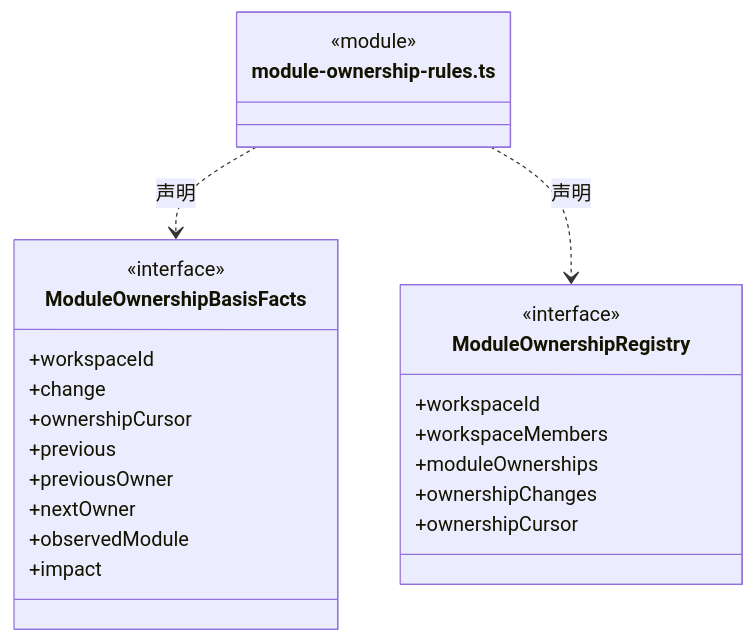
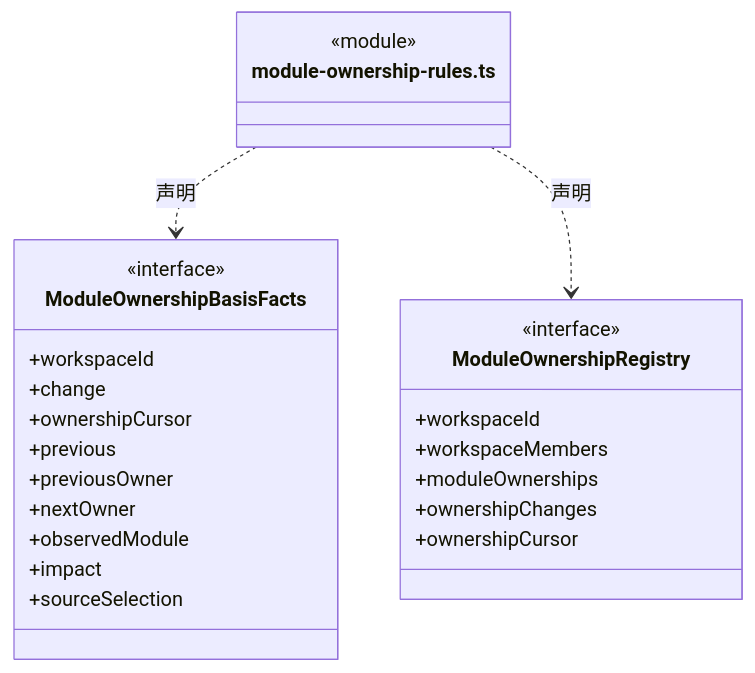
Before and after one commit to nan023062/cbim: diagram 13 of 29 in src/backend/core/workspace/ARCHITECTURE.md, drawn with Mermaid. The commit also changed other lines of this file and 97 other files, not shown here.

````diff
--- a/src/backend/core/workspace/ARCHITECTURE.md
+++ b/src/backend/core/workspace/ARCHITECTURE.md
@@ -138,27 +302,28 @@
 ```mermaid
 classDiagram
 class N_src_backend_core_workspace_module_ownership_rules_ts["module-ownership-rules.ts"] {
   <<module>>
 }
 class N_src_backend_core_workspace_module_ownership_rules_ts_ModuleOwnershipBasisFacts["ModuleOwnershipBasisFacts"] {
   <<interface>>
   +workspaceId
   +change
   +ownershipCursor
   +previous
   +previousOwner
   +nextOwner
   +observedModule
   +impact
+  +sourceSelection
 }
 N_src_backend_core_workspace_module_ownership_rules_ts ..> N_src_backend_core_workspace_module_ownership_rules_ts_ModuleOwnershipBasisFacts : 声明
 class N_src_backend_core_workspace_module_ownership_rules_ts_ModuleOwnershipRegistry["ModuleOwnershipRegistry"] {
   <<interface>>
   +workspaceId
   +workspaceMembers
   +moduleOwnerships
   +ownershipChanges
   +ownershipCursor
 }
 N_src_backend_core_workspace_module_ownership_rules_ts ..> N_src_backend_core_workspace_module_ownership_rules_ts_ModuleOwnershipRegistry : 声明
 ```
````
